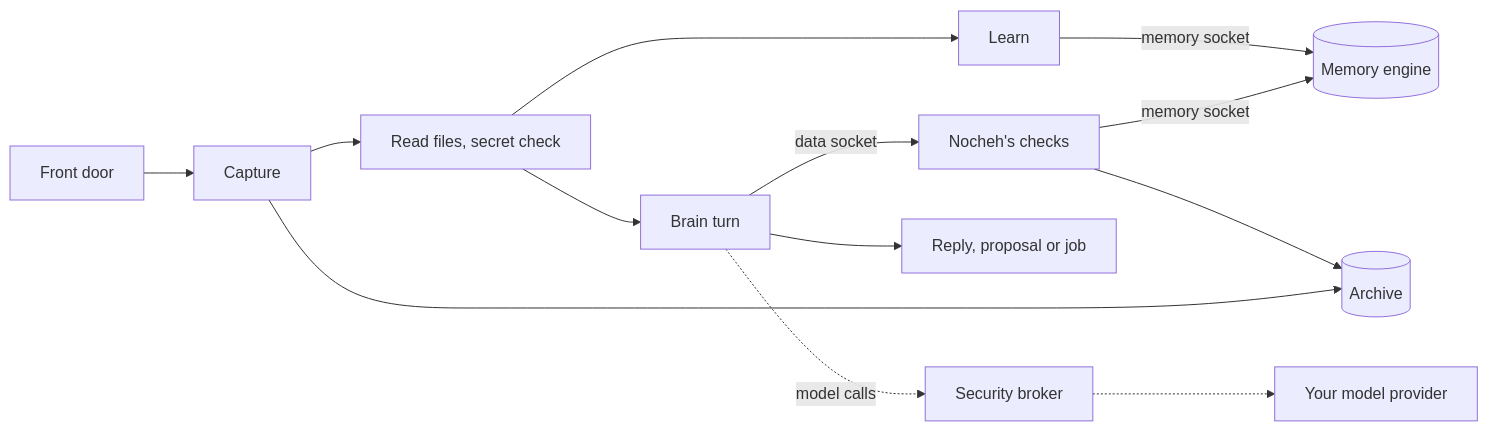
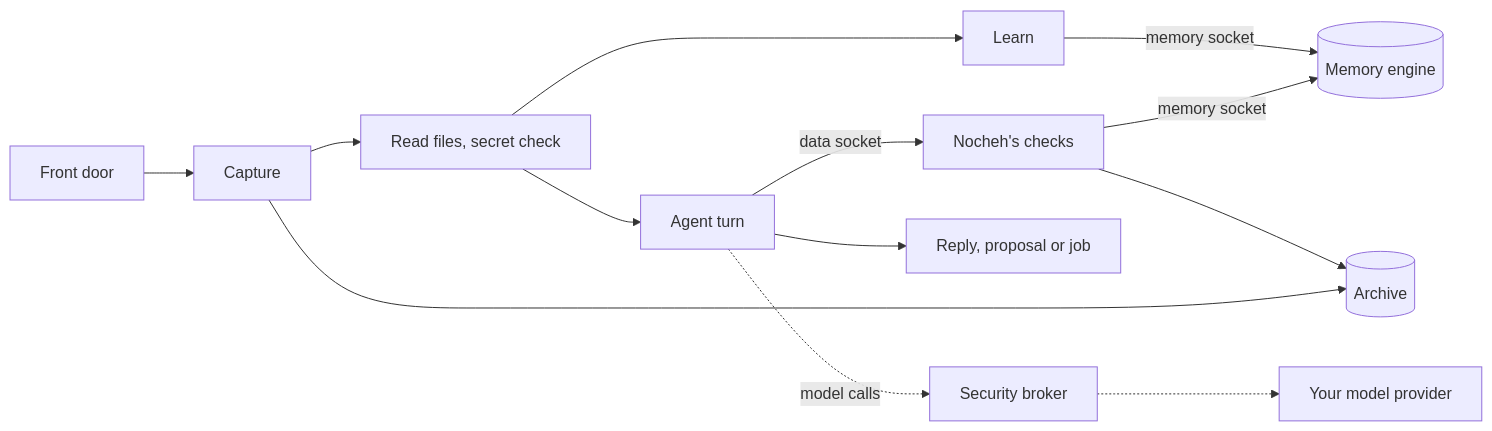
Before and after one commit to PlaygrndLabs/nocheh: the second of 2 diagrams in docs/architecture.md, drawn with Mermaid. The commit also changed other lines of this file and 206 other files, not shown here.

First line of the commit message:
refactor: call the brain the agent everywhere

````diff
--- a/docs/architecture.md
+++ b/docs/architecture.md
@@ -45,13 +45,13 @@
 ```mermaid
 flowchart LR
   door["Front door"] --> capture["Capture"] --> prepare["Read files, secret check"]
   capture --> archive[("Archive")]
   prepare --> learn["Learn"]
-  prepare --> turn["Brain turn"]
+  prepare --> turn["Agent turn"]
   turn -- "data socket" --> checks["Nocheh's checks"]
   checks --> archive
   checks -- "memory socket" --> memory[("Memory engine")]
   learn -- "memory socket" --> memory
   turn --> result["Reply, proposal or job"]
   turn -. "model calls" .-> broker["Security broker"] -.-> provider["Your model provider"]
 ```
````
